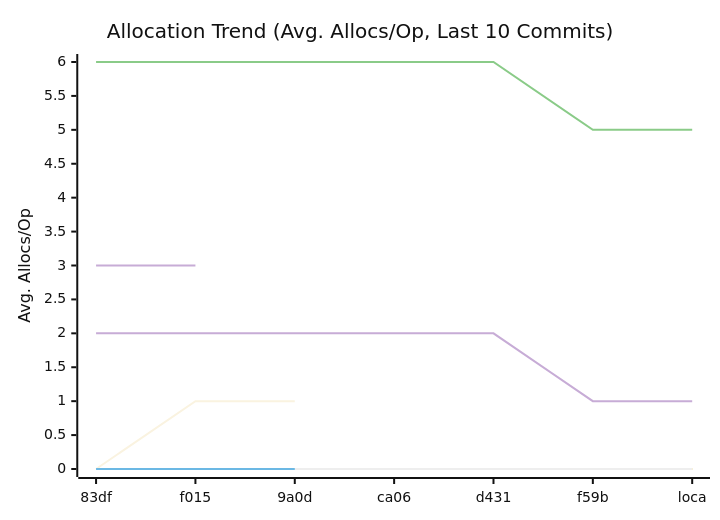
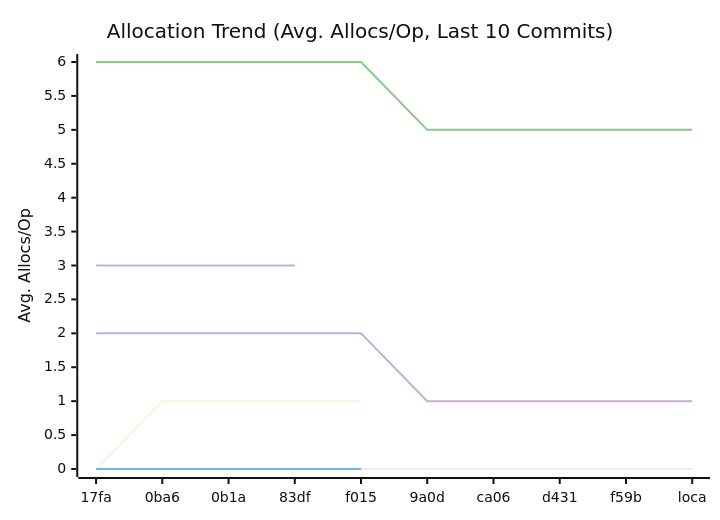
One commit to alsotoes/momo changed the third of 3 diagrams in docs/PERFORMANCE.md. Above: the diagram before and after it, drawn with Mermaid (neutral theme). The commit also changed other lines of this file and 2 other files, not shown here.

````diff
--- a/docs/PERFORMANCE.md
+++ b/docs/PERFORMANCE.md
@@ -122,21 +122,21 @@
 ```mermaid
 xychart-beta
     title "Allocation Trend (Avg. Allocs/Op, Last 10 Commits)"
     x-axis "Commit"
     y-axis "Avg. Allocs/Op"
-    x-axis [83df,f015,9a0d,ca06,d431,f59b,loca]
+    x-axis [17fa,0ba6,0b1a,83df,f015,9a0d,ca06,d431,f59b,loca]
     line "CheckMetricsAndSwap" [0,0,0,0,0,0,0,0,0,0]
-    line "CheckMetricsAndSwap" [0,0,0]
-    line "CrushOptimized" [0,0]
-    line "CrushOriginal" [3,3]
+    line "CheckMetricsAndSwap" [0,0,0,0,0]
+    line "CrushOptimized" [0,0,0,0]
+    line "CrushOriginal" [3,3,3,3]
     line "IndexDirectTracking" [0,0,0,0,0,0,0,0,0,0]
-    line "IndexDirectTracking" [0,0,0]
+    line "IndexDirectTracking" [0,0,0,0,0]
     line "IndexSearch" [0,0,0,0,0,0,0,0,0,0]
-    line "IndexSearch" [0,0,0]
+    line "IndexSearch" [0,0,0,0,0]
     line "LoadGlobalConfig" [0,0,0,0,0,0,0,0,0,0]
-    line "LoadGlobalConfig" [0,1,1]
+    line "LoadGlobalConfig" [0,1,1,1,1]
     line "PadString" [0,0,0,0,0,0,0,0,0,0]
-    line "PadString" [0,0,0]
+    line "PadString" [0,0,0,0,0]
     line "ParseReplicationOrder_NoPrealloc" [6,6,6,6,6,5,5,5,5,5]
     line "ParseReplicationOrder_Prealloc" [2,2,2,2,2,1,1,1,1,1]
 ```
````
